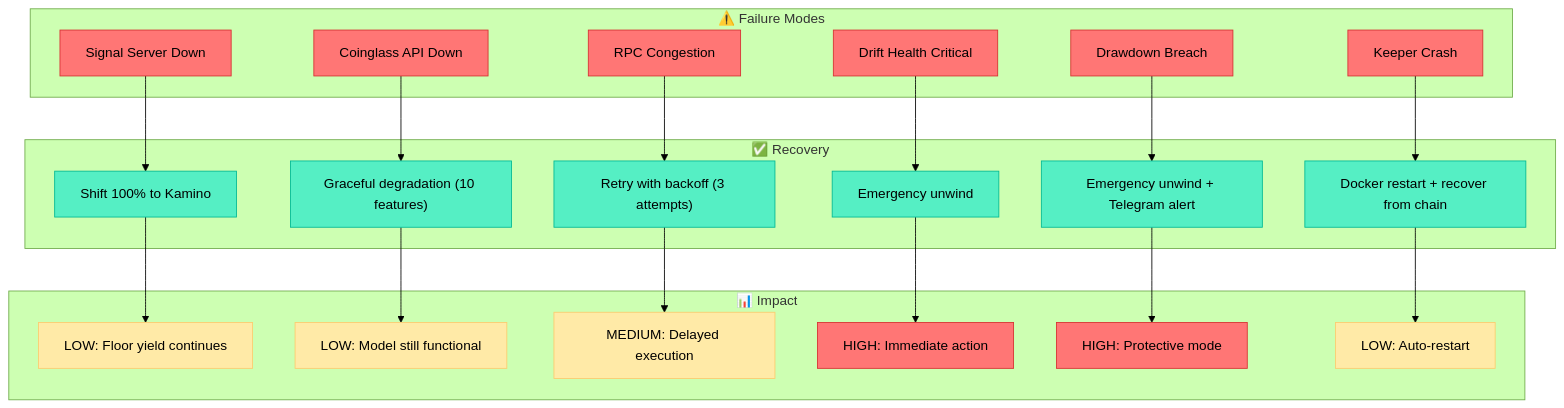
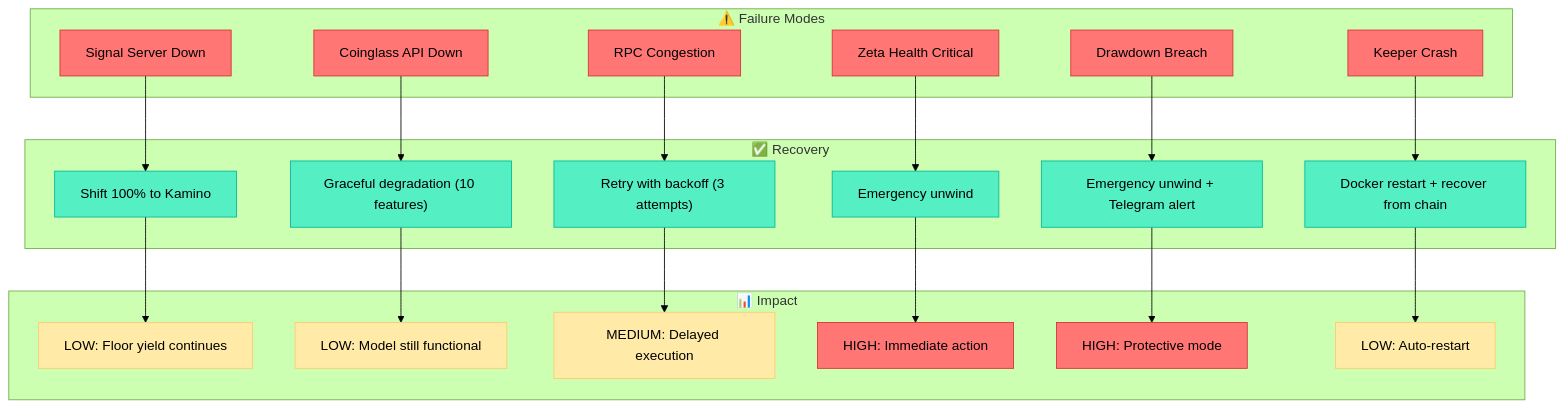
One commit to Ashutosh0x/ranger-ai-vault changed diagram 17 of 20 in docs/ARCHITECTURE.md. Above: the diagram before and after it, drawn with Mermaid (forest theme). The commit also changed other lines of this file and 82 other files, not shown here.

Commit message:
feat: pivot from Drift to Zeta Markets and add walk-forward backtest results

````diff
--- a/docs/ARCHITECTURE.md
+++ b/docs/ARCHITECTURE.md
@@ -1054,47 +1054,47 @@
 ```mermaid
 graph TB
     subgraph Failures["⚠️ Failure Modes"]
         F1["Signal Server Down"]
         F2["Coinglass API Down"]
         F3["RPC Congestion"]
-        F4["Drift Health Critical"]
+        F4["Zeta Health Critical"]
         F5["Drawdown Breach"]
         F6["Keeper Crash"]
     end
 
     subgraph Recovery["✅ Recovery"]
         R1["Shift 100% to Kamino"]
         R2["Graceful degradation (10 features)"]
         R3["Retry with backoff (3 attempts)"]
         R4["Emergency unwind"]
         R5["Emergency unwind + Telegram alert"]
         R6["Docker restart + recover from chain"]
     end
 
     subgraph Impact["📊 Impact"]
         I1["LOW: Floor yield continues"]
         I2["LOW: Model still functional"]
         I3["MEDIUM: Delayed execution"]
         I4["HIGH: Immediate action"]
         I5["HIGH: Protective mode"]
         I6["LOW: Auto-restart"]
     end
 
     F1 --> R1 --> I1
     F2 --> R2 --> I2
     F3 --> R3 --> I3
     F4 --> R4 --> I4
     F5 --> R5 --> I5
     F6 --> R6 --> I6
 
     classDef failure fill:#ff7675,stroke:#d63031
     classDef recovery fill:#55efc4,stroke:#00b894
     classDef low fill:#ffeaa7,stroke:#fdcb6e
     classDef high fill:#ff7675,stroke:#d63031
 
     class F1,F2,F3,F4,F5,F6 failure
     class R1,R2,R3,R4,R5,R6 recovery
     class I1,I2,I6 low
     class I3 low
     class I4,I5 high
 ```
````
